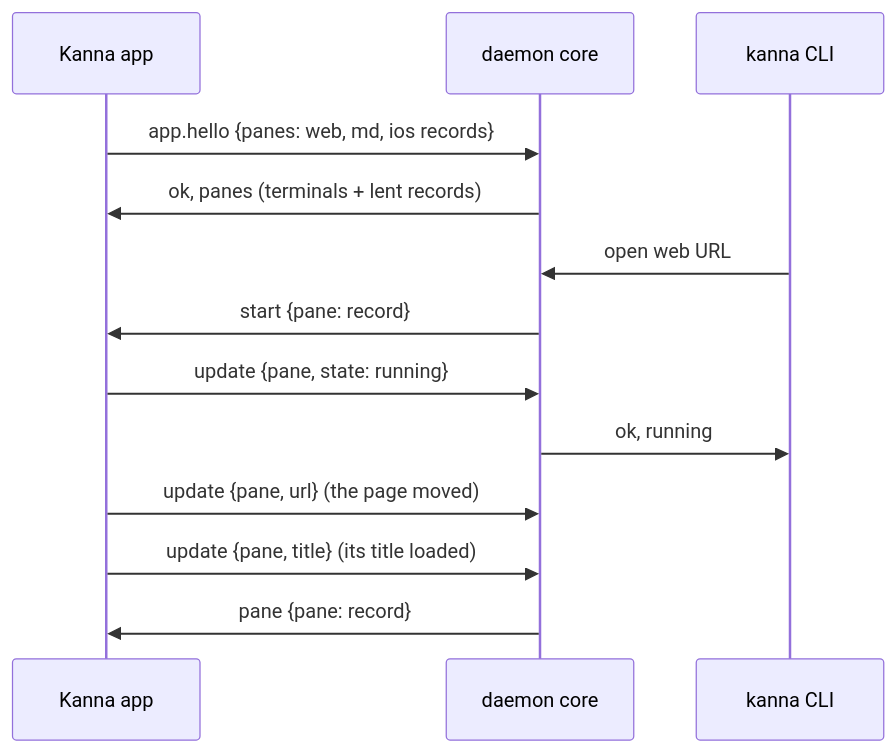
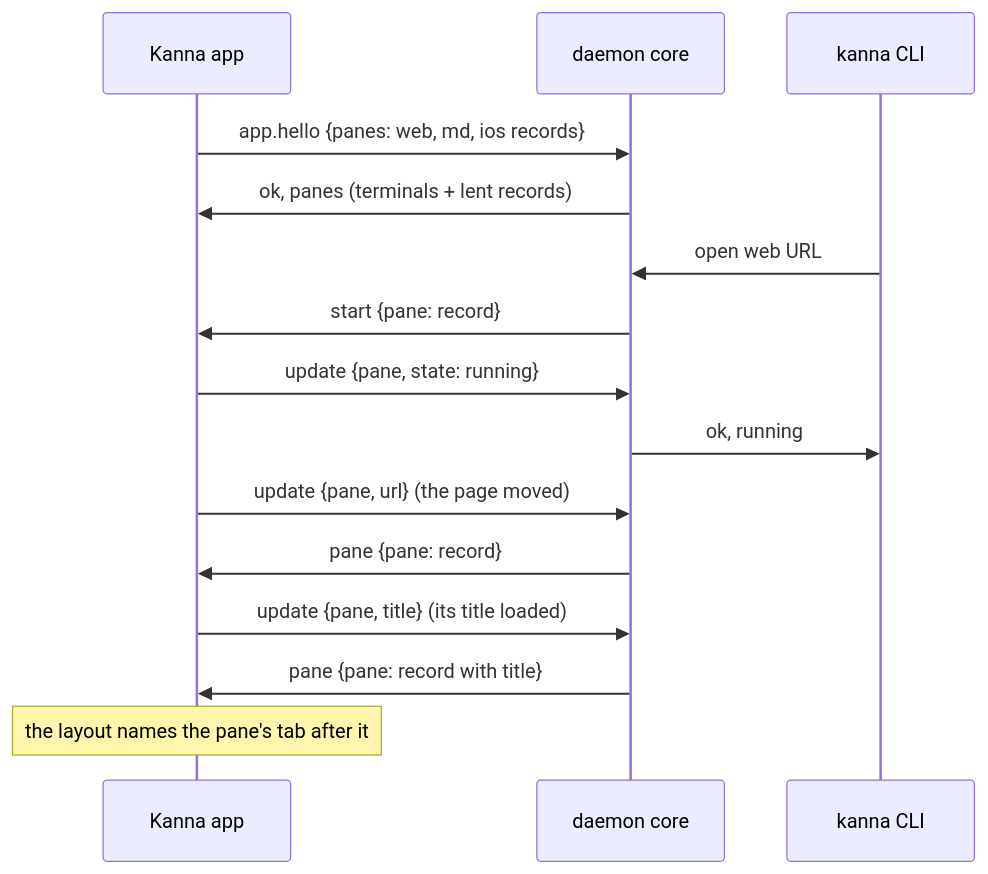
The diagram in docs/specs/app-panes.md (jemdiggity/kanna-v4), drawn with Mermaid before and after one commit.

Commit message:
docs/specs/app-panes.md: every update gets its own pane record back

````diff
--- a/docs/specs/app-panes.md
+++ b/docs/specs/app-panes.md
@@ -11,15 +11,17 @@
 ```mermaid
 sequenceDiagram
     participant A as Kanna app
     participant D as daemon core
     participant C as kanna CLI
     A->>D: app.hello {panes: web, md, ios records}
     D->>A: ok, panes (terminals + lent records)
     C->>D: open web URL
     D->>A: start {pane: record}
     A->>D: update {pane, state: running}
     D->>C: ok, running
     A->>D: update {pane, url} (the page moved)
+    D->>A: pane {pane: record}
     A->>D: update {pane, title} (its title loaded)
-    D->>A: pane {pane: record}
+    D->>A: pane {pane: record with title}
+    Note over A: the layout names the pane's tab after it
 ```
````
